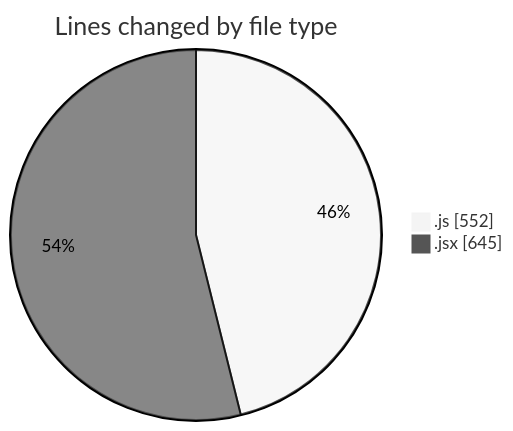
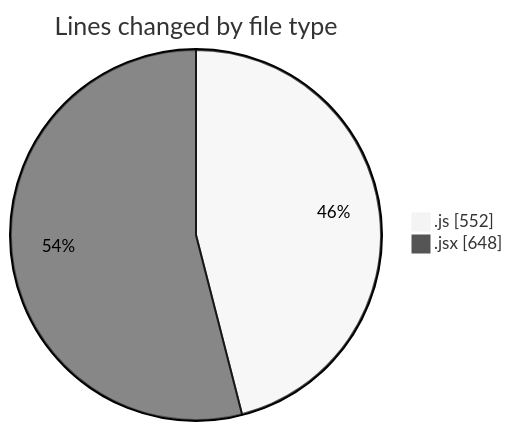
Before and after one commit to nxtqubesakshisongat/code-tracking: the first of 2 diagrams in 2025-07-01/argos/README.md, drawn with Mermaid (neutral theme). The commit also changed other lines of this file and 1 other file, not shown here.

````diff
--- a/2025-07-01/argos/README.md
+++ b/2025-07-01/argos/README.md
@@ -23,6 +23,6 @@
 ```mermaid
 pie showData
 title Lines changed by file type
 ".js" : 552
-".jsx" : 645
+".jsx" : 648
 ```
````
